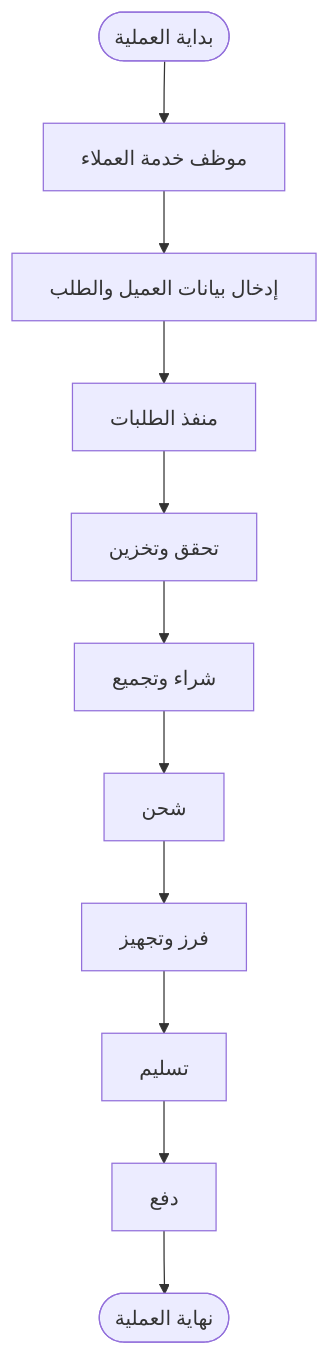
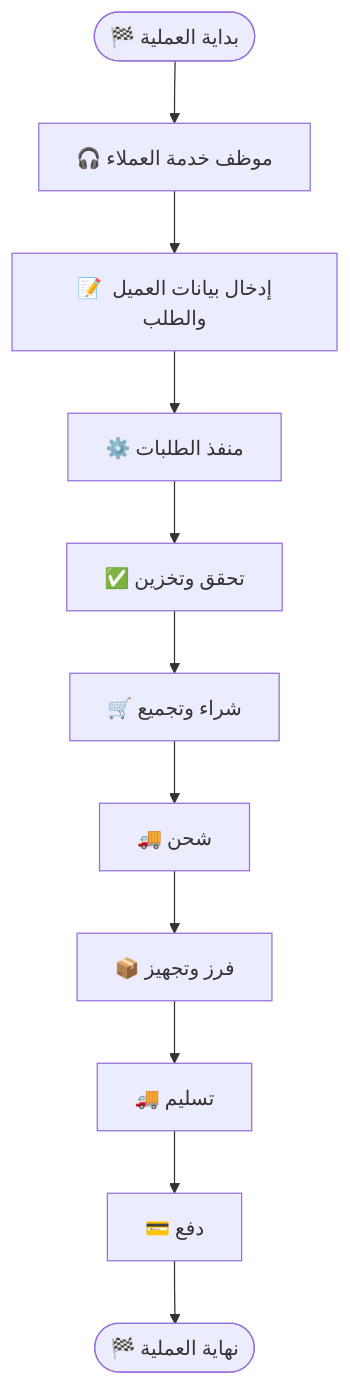
The first of 4 diagrams in docs/07-process-flows/07-process-flows.md (Ash69g/Documentation-Study), drawn with Mermaid before and after one commit. The commit also changed other lines of this file and 15 other files, not shown here.

````diff
--- a/docs/07-process-flows/07-process-flows.md
+++ b/docs/07-process-flows/07-process-flows.md
@@ -11,13 +32,13 @@
 ```mermaid
 flowchart TD
-  Start([بداية العملية]) --> CS[موظف خدمة العملاء]
-  CS --> Order[إدخال بيانات العميل والطلب]
-  Order --> OP[منفذ الطلبات]
-  OP --> Validate[تحقق وتخزين]
-  Validate --> Purchase[شراء وتجميع]
-  Purchase --> Shipment[شحن]
-  Shipment --> Sort[فرز وتجهيز]
-  Sort --> Delivery[تسليم]
-  Delivery --> Payment[دفع]
-  Payment --> End([نهاية العملية])
+  Start([🏁 بداية العملية]) --> CS[🎧 موظف خدمة العملاء]
+  CS --> Order[📝 إدخال بيانات العميل والطلب]
+  Order --> OP[⚙️ منفذ الطلبات]
+  OP --> Validate[✅ تحقق وتخزين]
+  Validate --> Purchase[🛒 شراء وتجميع]
+  Purchase --> Shipment[🚚 شحن]
+  Shipment --> Sort[📦 فرز وتجهيز]
+  Sort --> Delivery[🚚 تسليم]
+  Delivery --> Payment[💳 دفع]
+  Payment --> End([🏁 نهاية العملية])
 ```
````
